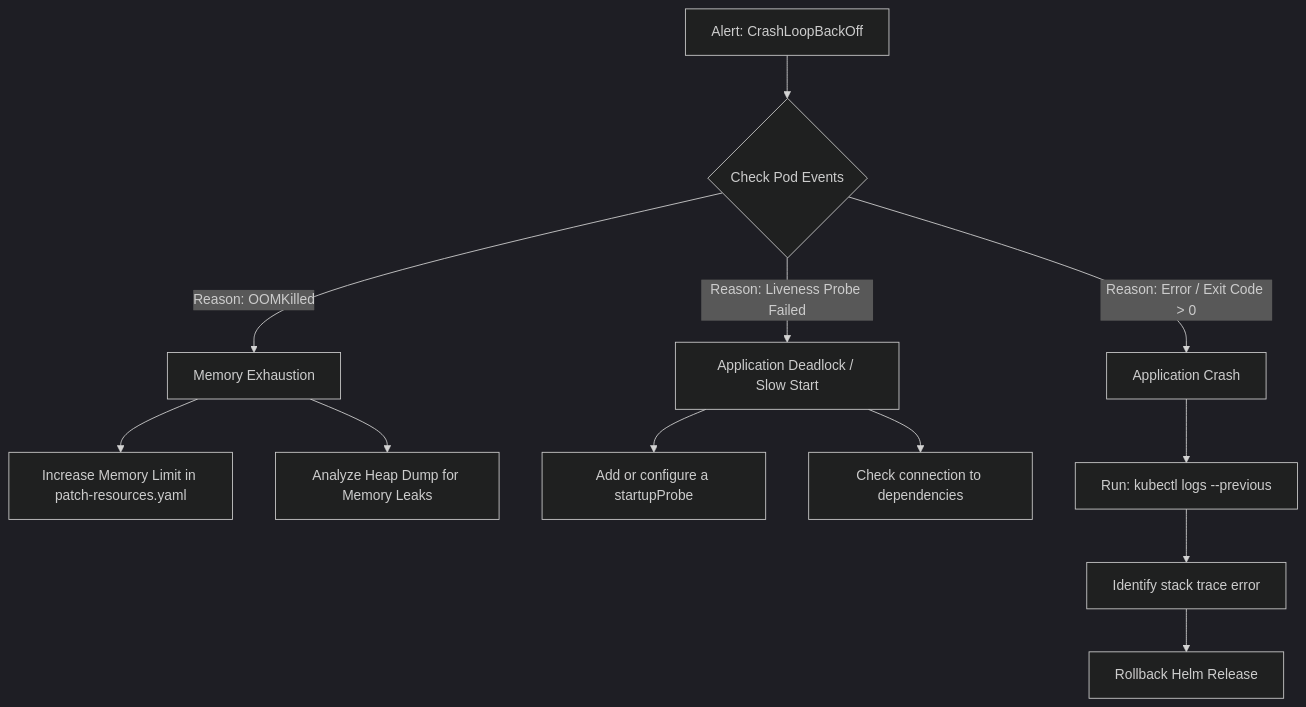
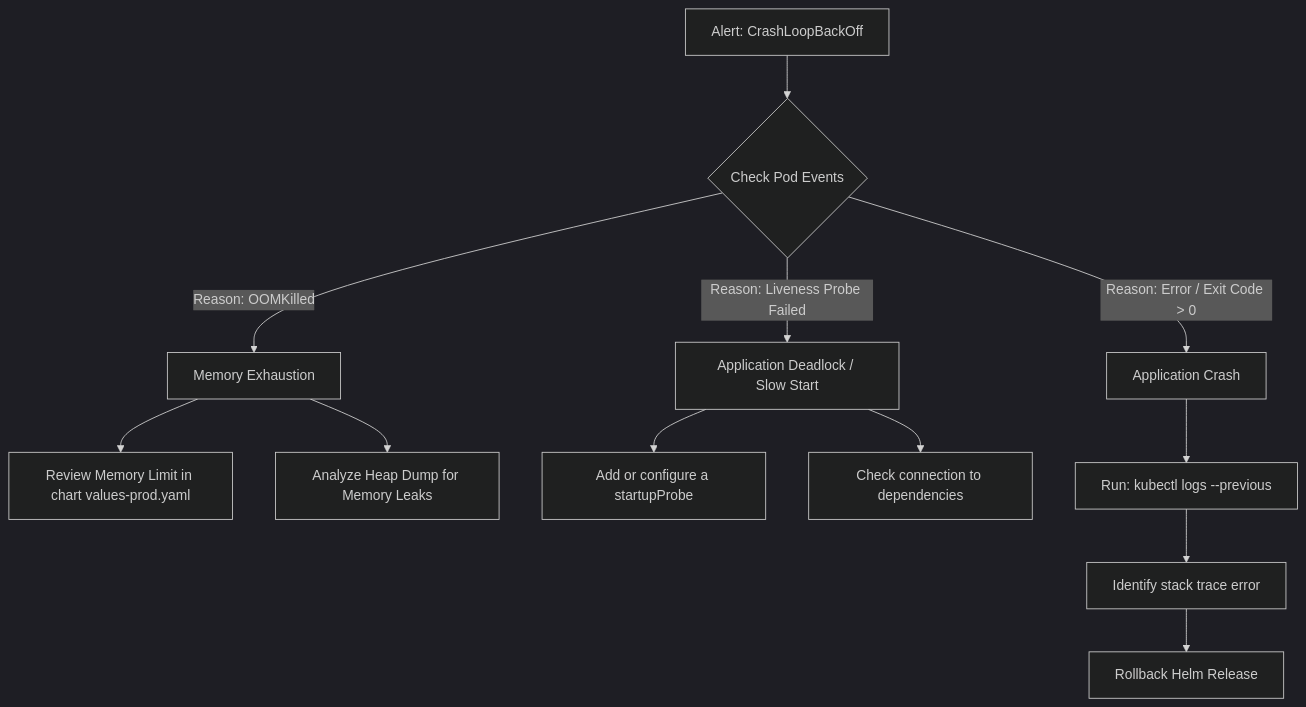
The diagram in docs/runbooks/pod-crash-loop.md (shashidhar-02/ReliabilityEngine-Observability-Suite), drawn with Mermaid (dark theme) before and after one commit. The commit also changed other lines of this file and 23 other files, not shown here.

````diff
--- a/docs/runbooks/pod-crash-loop.md
+++ b/docs/runbooks/pod-crash-loop.md
@@ -8,17 +8,17 @@
 ```mermaid
 flowchart TD
     A[Alert: CrashLoopBackOff] --> B{Check Pod Events}
     B -->|Reason: OOMKilled| C[Memory Exhaustion]
     B -->|Reason: Liveness Probe Failed| D[Application Deadlock / Slow Start]
     B -->|Reason: Error / Exit Code > 0| E[Application Crash]
 
-    C --> C1[Increase Memory Limit in patch-resources.yaml]
+    C --> C1[Review Memory Limit in chart values-prod.yaml]
     C --> C2[Analyze Heap Dump for Memory Leaks]
     
     D --> D1[Add or configure a startupProbe]
     D --> D2[Check connection to dependencies]
     
     E --> E1[Run: kubectl logs <pod> --previous]
     E1 --> E2[Identify stack trace error]
     E2 --> E3[Rollback Helm Release]
 ```
````
